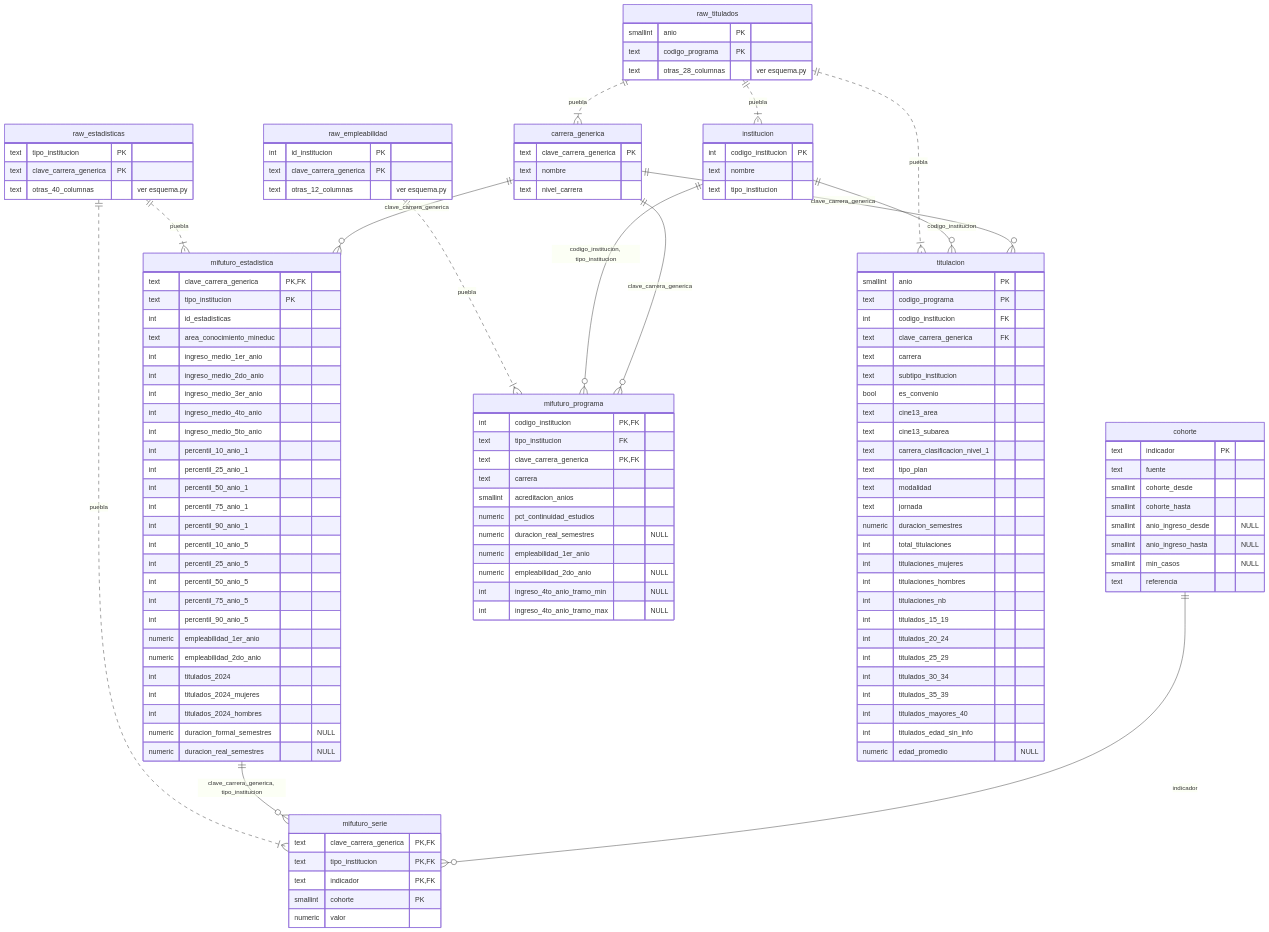
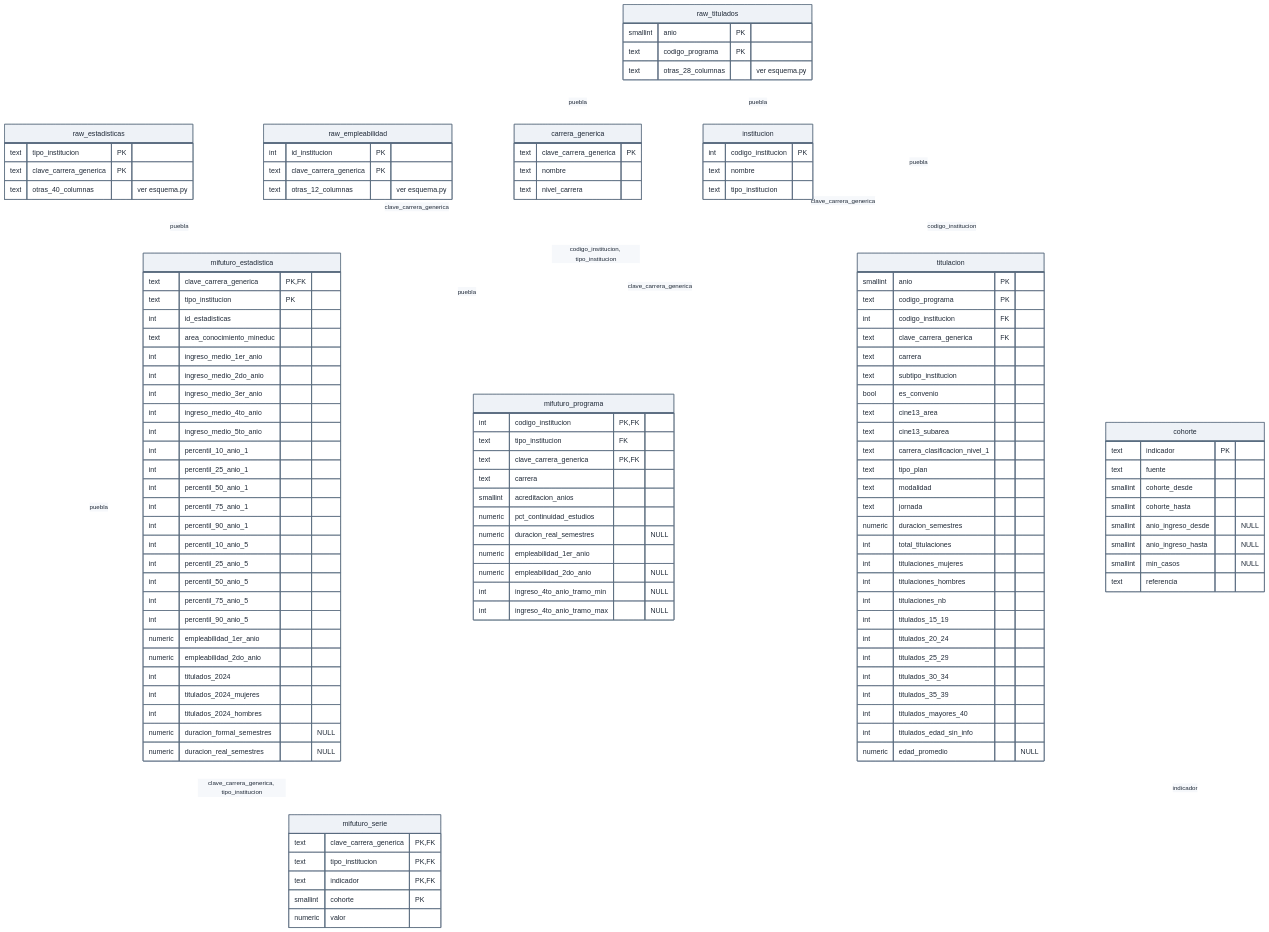
The diagram in src/BD/diagrama_modelo.md (joaomunoz/carreras-sueldos-chile), drawn with Mermaid before and after one commit. The commit also changed 1 other file, not shown here.

Commit message:
style(bd): paleta fija del diagrama ER legible en tema oscuro
MarkText con tema oscuro dibujaba las relaciones oscuras sobre fondo oscuro y
los rótulos semitransparentes. El diagrama fija su propia paleta (tema base +
themeCSS): líneas blancas de 2,5 px y rótulos opacos claros con texto oscuro.
Costo asumido: en visores de fondo blanco las líneas no se ven; se cambia en
COLOR_LINEA de src/BD/diagrama.py.

````diff
--- a/src/BD/diagrama_modelo.md
+++ b/src/BD/diagrama_modelo.md
@@ -11,4 +11,5 @@
 ```mermaid
+%%{init: {'theme': 'base', 'themeVariables': {'primaryColor': '#eef2f7', 'primaryTextColor': '#1f2937', 'primaryBorderColor': '#5b6b7f', 'lineColor': '#ffffff', 'relationColor': '#ffffff', 'relationLabelBackground': '#eef2f7', 'relationLabelColor': '#1f2937', 'edgeLabelBackground': '#eef2f7', 'textColor': '#1f2937', 'attributeBackgroundColorOdd': '#ffffff', 'attributeBackgroundColorEven': '#f3f6fa', 'tertiaryColor': '#eef2f7'}, 'themeCSS': '.labelBkg, .edgeLabel { background-color: #eef2f7 !important; } .edgeLabel rect, .relationshipLabelBox, .relationshipLabelBox rect { opacity: 1 !important; fill: #eef2f7 !important; } .relationshipLine { stroke-width: 2.5px !important; }'}}%%
 erDiagram
     carrera_generica {
         text clave_carrera_generica PK
````
